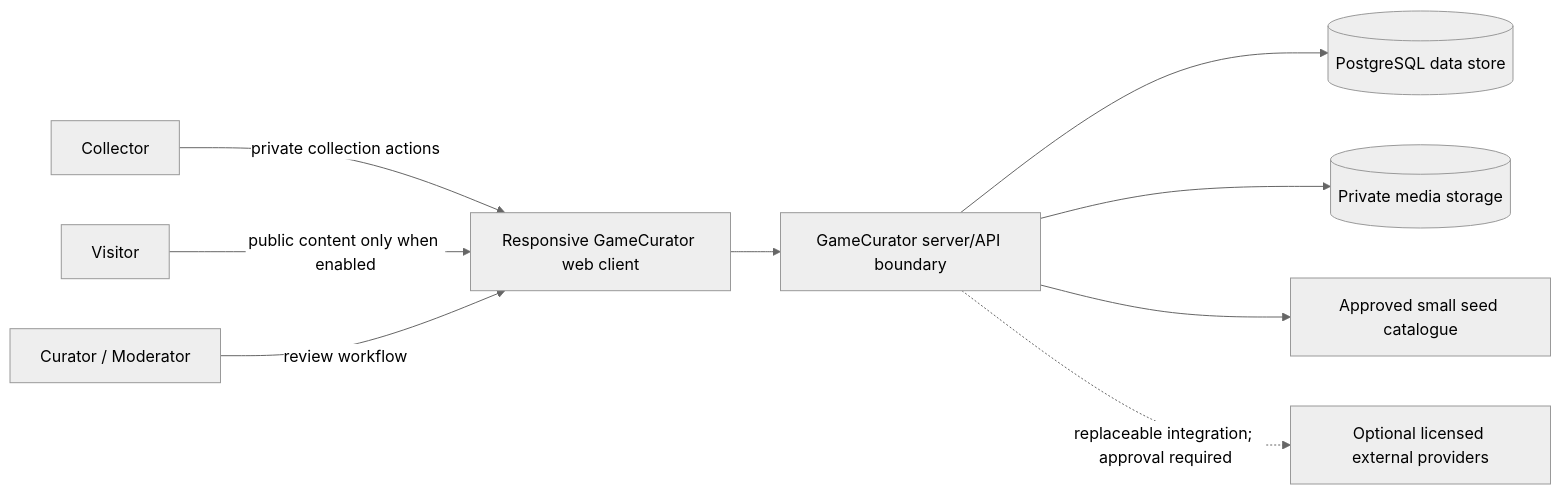
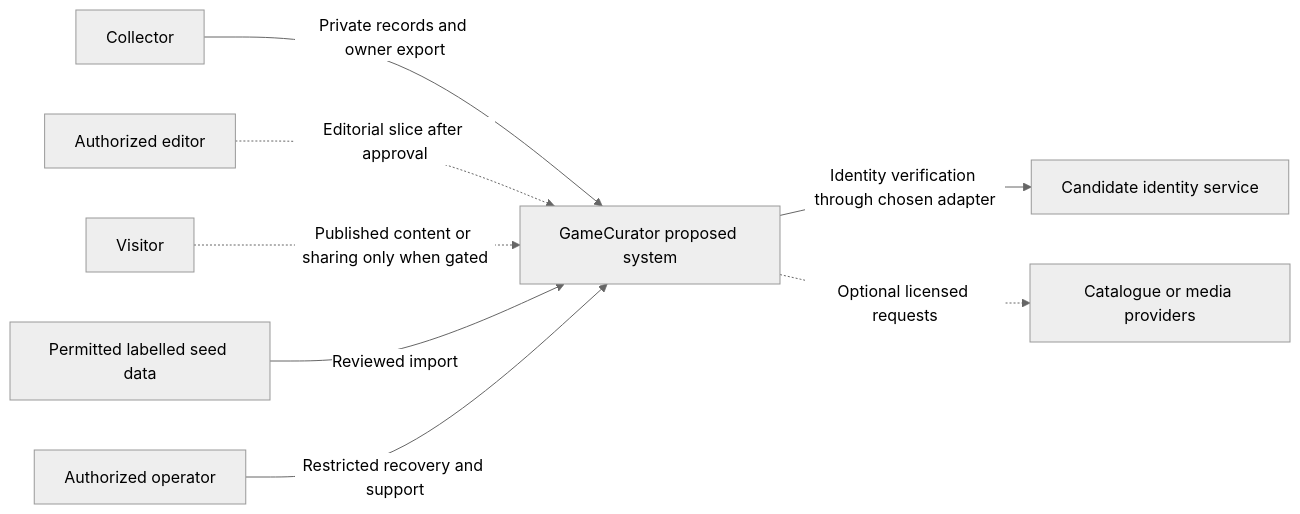
Before and after one commit to bretthotep/Game-Curator: the first of 6 diagrams in docs/architecture/overview.md, drawn with Mermaid (neutral theme). The commit also changed other lines of this file and 10 other files, not shown here.

````diff
--- a/docs/architecture/overview.md
+++ b/docs/architecture/overview.md
@@ -13,21 +51,12 @@
 ```mermaid
 flowchart LR
-  collector[Collector]
-  visitor[Visitor]
-  curator[Curator / Moderator]
-  web[Responsive GameCurator web client]
-  app[GameCurator server/API boundary]
-  db[(PostgreSQL data store)]
-  media[(Private media storage)]
-  seed[Approved small seed catalogue]
-  provider[Optional licensed external providers]
-
-  collector -->|private collection actions| web
-  visitor -->|public content only when enabled| web
-  curator -->|review workflow| web
-  web --> app
-  app --> db
-  app --> media
-  app --> seed
-  app -.->|replaceable integration; approval required| provider
+  accTitle: Proposed GameCurator system context
+  accDescr: Collectors use private operations. Editors manage reviewed content. Visitors and licensed providers are conditional future boundaries.
+  C[Collector] -->|Private records and owner export| G[GameCurator proposed system]
+  E[Authorized editor] -.->|Editorial slice after approval| G
+  V[Visitor] -.->|Published content or sharing only when gated| G
+  G -->|Identity verification through chosen adapter| I[Candidate identity service]
+  S[Permitted labelled seed data] -->|Reviewed import| G
+  G -.->|Optional licensed requests| P[Catalogue or media providers]
+  O[Authorized operator] -->|Restricted recovery and support| G
 ```
````
